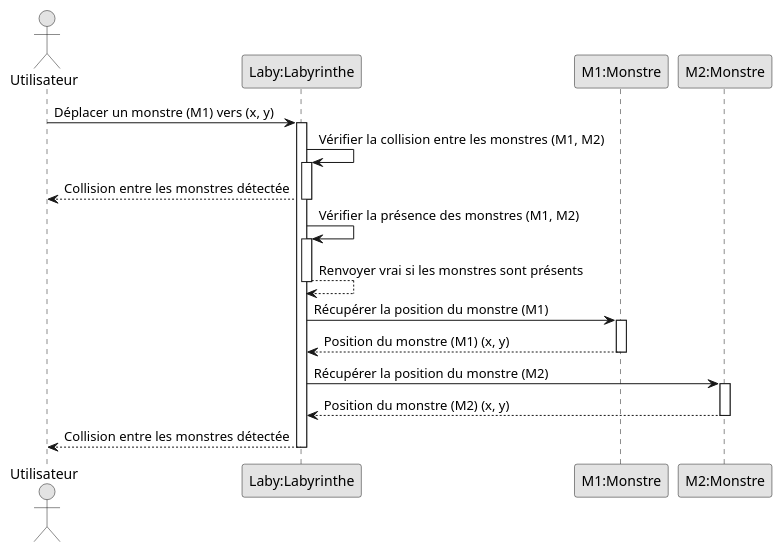
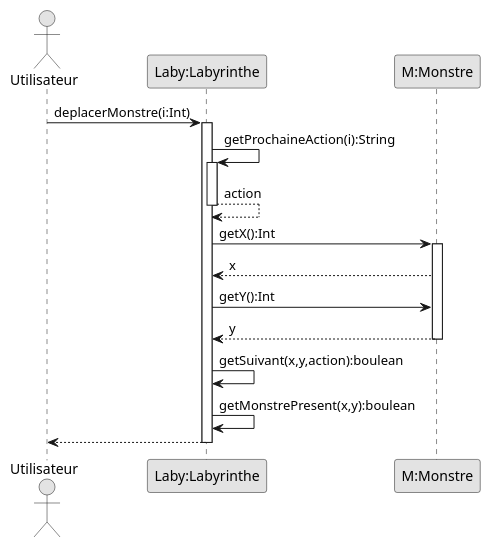
The diagram in documents/version_1/CollisionsEntreDeuxMonstres.puml (Dracosxs/2022_Zeldiablo_MOUGIN_DEFOLIE_KETZINGER_KOLER), drawn with PlantUML before and after one commit. The commit also changed 3 other files, not shown here.

Commit message:
Modification et Ajout de diagrammes de sequence

```diff
--- a/documents/version_1/CollisionsEntreDeuxMonstres.puml
+++ b/documents/version_1/CollisionsEntreDeuxMonstres.puml
@@ -1,36 +1,26 @@
 @startuml
 skinparam monochrome true
 
 actor Utilisateur
 
 participant "Laby:Labyrinthe" as Laby
-participant "M1:Monstre" as M1
-participant "M2:Monstre" as M2
+participant "M:Monstre" as M
 
-Utilisateur -> Laby: Déplacer un monstre (M1) vers (x, y)
+Utilisateur -> Laby: deplacerMonstre(i:Int)
 activate Laby
-
-Laby -> Laby: Vérifier la collision entre les monstres (M1, M2)
+Laby -> Laby: getProchaineAction(i):String
 activate Laby
-Laby --> Utilisateur: Collision entre les monstres détectée
+Laby --> Laby: action
 deactivate Laby
-
-Laby -> Laby: Vérifier la présence des monstres (M1, M2)
-activate Laby
-Laby --> Laby: Renvoyer vrai si les monstres sont présents
-deactivate Laby
-
-Laby -> M1: Récupérer la position du monstre (M1)
-activate M1
-M1 --> Laby: Position du monstre (M1) (x, y)
-deactivate M1
-
-Laby -> M2: Récupérer la position du monstre (M2)
-activate M2
-M2 --> Laby: Position du monstre (M2) (x, y)
-deactivate M2
-
-Laby --> Utilisateur: Collision entre les monstres détectée
+Laby -> M: getX():Int
+activate M
+Laby <-- M: x
+Laby -> M: getY():Int
+Laby <-- M: y
+deactivate M
+Laby -> Laby: getSuivant(x,y,action):boulean
+Laby -> Laby: getMonstrePresent(x,y):boulean
+Laby --> Utilisateur
 deactivate Laby
 
 @enduml
```
